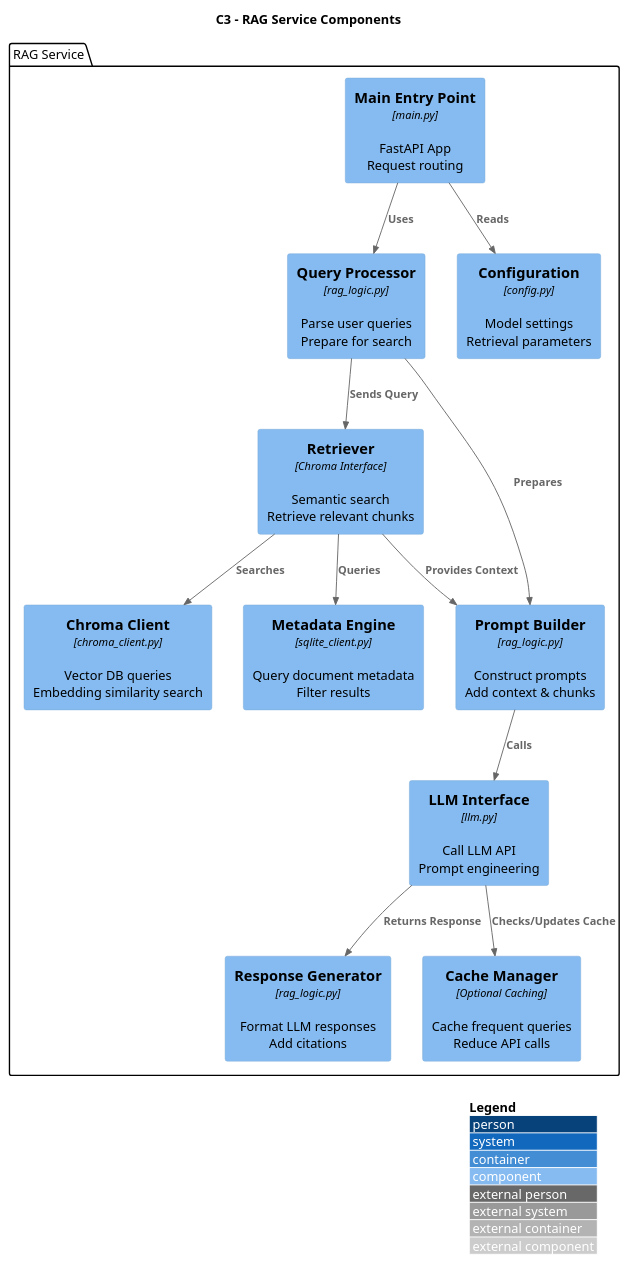
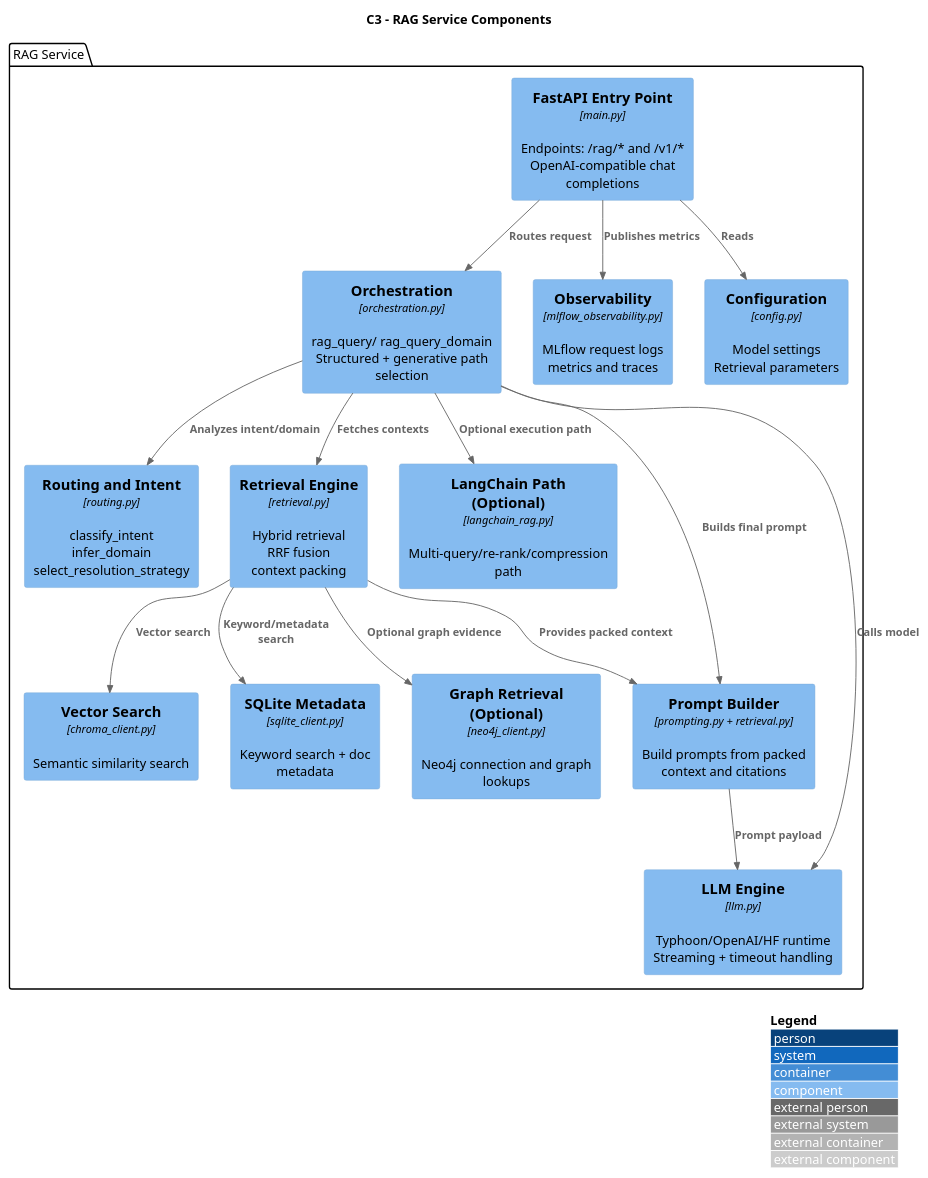
One commit to KKOIDF/CPE-CHAT-0.0.2 changed the fourth of 5 diagrams in docs/backend_c1_c4_diagram.puml. Above: the diagram before and after it, drawn with PlantUML. The commit also changed other lines of this file and 341 other files, not shown here.

```diff
--- a/docs/backend_c1_c4_diagram.puml
+++ b/docs/backend_c1_c4_diagram.puml
@@ -147,40 +140,44 @@
 @startuml Backend_C3_RAG_Components
 !include https://raw.githubusercontent.com/plantuml-stdlib/C4-PlantUML/master/C4_Component.puml
 
 LAYOUT_WITH_LEGEND()
 
 title C3 - RAG Service Components
 
 package "RAG Service" as rag_container {
-    Component(rag_main, "Main Entry Point", "main.py", "FastAPI App\nRequest routing")
-    
-    Component(query_processor, "Query Processor", "rag_logic.py", "Parse user queries\nPrepare for search")
-    Component(retriever, "Retriever", "Chroma Interface", "Semantic search\nRetrieve relevant chunks")
-    
-    Component(chroma_rag, "Chroma Client", "chroma_client.py", "Vector DB queries\nEmbedding similarity search")
-    Component(metadata_engine, "Metadata Engine", "sqlite_client.py", "Query document metadata\nFilter results")
-    
-    Component(llm_interface, "LLM Interface", "llm.py", "Call LLM API\nPrompt engineering")
-    Component(prompt_builder, "Prompt Builder", "rag_logic.py", "Construct prompts\nAdd context & chunks")
-    
-    Component(response_generator, "Response Generator", "rag_logic.py", "Format LLM responses\nAdd citations")
-    Component(cache_manager, "Cache Manager", "Optional Caching", "Cache frequent queries\nReduce API calls")
-    
+    Component(rag_main, "FastAPI Entry Point", "main.py", "Endpoints: /rag/* and /v1/*\nOpenAI-compatible chat completions")
+
+    Component(orchestration, "Orchestration", "orchestration.py", "rag_query/ rag_query_domain\nStructured + generative path selection")
+    Component(routing, "Routing and Intent", "routing.py", "classify_intent\ninfer_domain\nselect_resolution_strategy")
+    Component(retrieval, "Retrieval Engine", "retrieval.py", "Hybrid retrieval\nRRF fusion\ncontext packing")
+    Component(langchain_flow, "LangChain Path (Optional)", "langchain_rag.py", "Multi-query/re-rank/compression path")
+
+    Component(chroma_rag, "Vector Search", "chroma_client.py", "Semantic similarity search")
+    Component(metadata_engine, "SQLite Metadata", "sqlite_client.py", "Keyword search + doc metadata")
+    Component(graph_lookup, "Graph Retrieval (Optional)", "neo4j_client.py", "Neo4j connection and graph lookups")
+
+    Component(prompt_builder, "Prompt Builder", "prompting.py + retrieval.py", "Build prompts from packed context and citations")
+    Component(llm_interface, "LLM Engine", "llm.py", "Typhoon/OpenAI/HF runtime\nStreaming + timeout handling")
+    Component(observability, "Observability", "mlflow_observability.py", "MLflow request logs\nmetrics and traces")
+
     Component(config_rag, "Configuration", "config.py", "Model settings\nRetrieval parameters")
 }
 
-Rel(rag_main, query_processor, "Uses")
-Rel(query_processor, retriever, "Sends Query")
-Rel(retriever, chroma_rag, "Searches")
-Rel(retriever, metadata_engine, "Queries")
+Rel(rag_main, orchestration, "Routes request")
+Rel(rag_main, config_rag, "Reads")
+Rel(rag_main, observability, "Publishes metrics")
 
-Rel(query_processor, prompt_builder, "Prepares")
-Rel(prompt_builder, llm_interface, "Calls")
-Rel(retriever, prompt_builder, "Provides Context")
+Rel(orchestration, routing, "Analyzes intent/domain")
+Rel(orchestration, retrieval, "Fetches contexts")
+Rel(orchestration, prompt_builder, "Builds final prompt")
+Rel(orchestration, llm_interface, "Calls model")
+Rel(orchestration, langchain_flow, "Optional execution path")
 
-Rel(llm_interface, cache_manager, "Checks/Updates Cache")
-Rel(llm_interface, response_generator, "Returns Response")
+Rel(retrieval, chroma_rag, "Vector search")
+Rel(retrieval, metadata_engine, "Keyword/metadata search")
+Rel(retrieval, graph_lookup, "Optional graph evidence")
+Rel(retrieval, prompt_builder, "Provides packed context")
 
-Rel(rag_main, config_rag, "Reads")
+Rel(prompt_builder, llm_interface, "Prompt payload")
 
 @enduml
```
